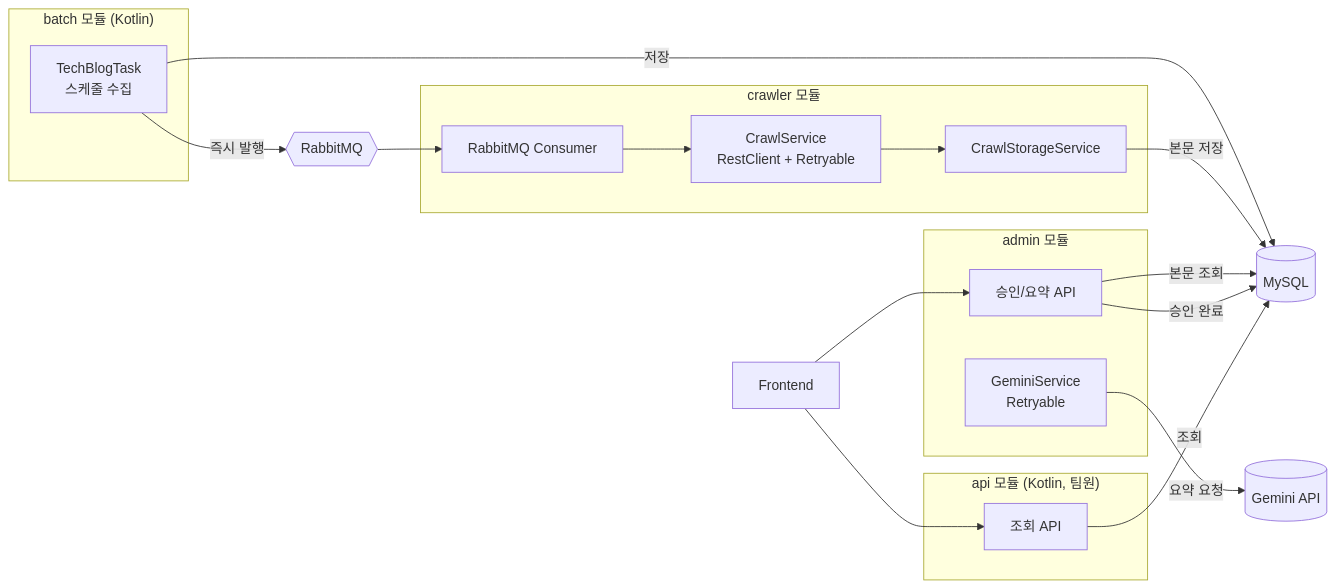
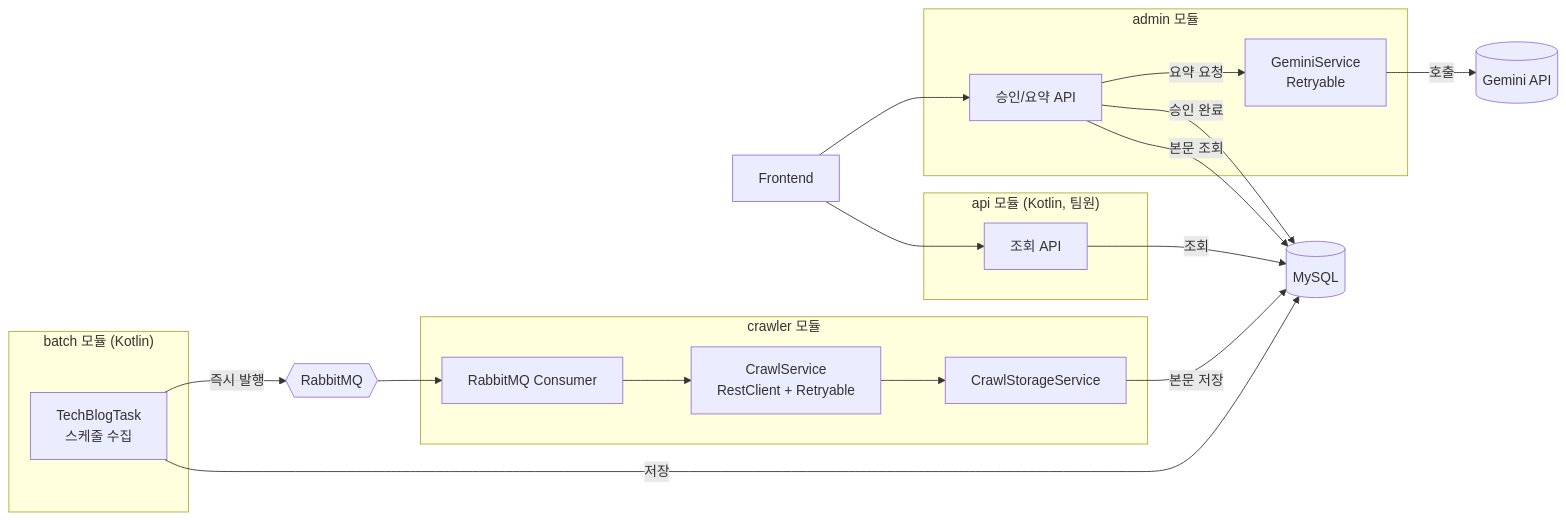
Before and after one commit to 2giseok/QuickStack: the diagram in README.md, drawn with Mermaid. The commit also changed other lines of this file, not shown here.

Commit message:
Update README with api module and flow changes

````diff
--- a/README.md
+++ b/README.md
@@ -17,37 +18,38 @@
 ```mermaid
 flowchart LR
     subgraph Batch["batch 모듈 (Kotlin)"]
         B1[TechBlogTask<br/>스케줄 수집]
     end
  
     subgraph Crawler["crawler 모듈"]
         C1[RabbitMQ Consumer]
         C2[CrawlService<br/>RestClient + Retryable]
         C3[CrawlStorageService]
     end
  
     subgraph Admin["admin 모듈"]
         A1[승인/요약 API]
         A2[GeminiService<br/>Retryable]
     end
  
     subgraph API["api 모듈 (Kotlin, 팀원)"]
         D1[조회 API]
     end
  
     DB[(MySQL)]
     MQ{{RabbitMQ}}
     Gemini[(Gemini API)]
     FE[Frontend]
  
     B1 -->|저장| DB
     B1 -->|즉시 발행| MQ
     MQ --> C1 --> C2 --> C3
     C3 -->|본문 저장| DB
     A1 -->|본문 조회| DB
-    A2 -->|요약 요청| Gemini
+    A1 -->|요약 요청| A2
+    A2 -->|호출| Gemini
     A1 -->|승인 완료| DB
     D1 -->|조회| DB
     FE --> D1
     FE --> A1
 ```
````
